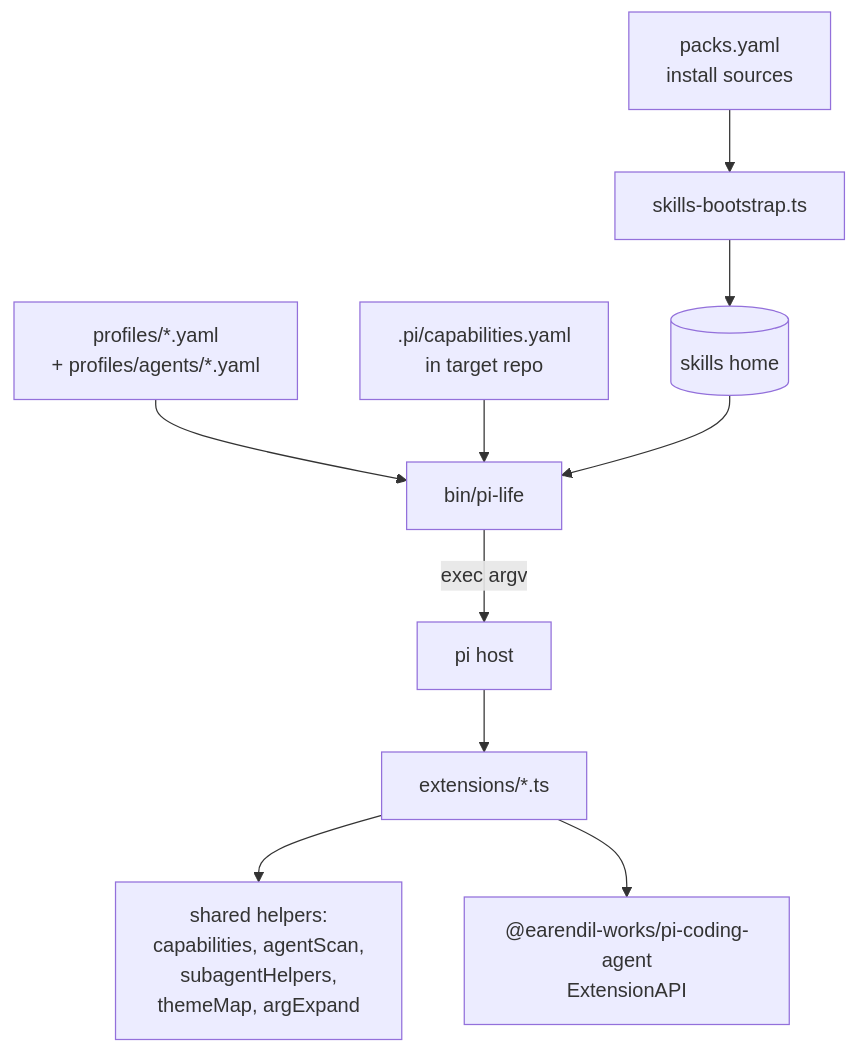
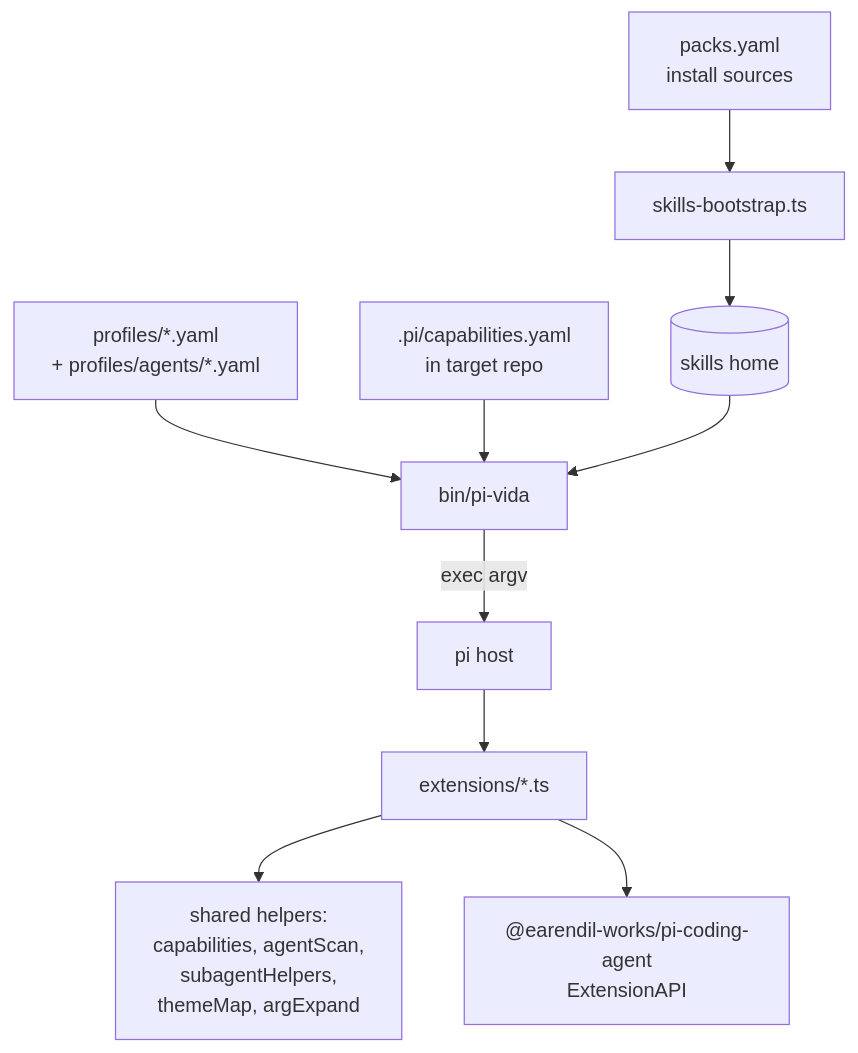
Before and after one commit to igmarin/my-pi-agent: the second of 4 diagrams in ARCHITECTURE.md, drawn with Mermaid. The commit also changed other lines of this file and 37 other files, not shown here.

````diff
--- a/ARCHITECTURE.md
+++ b/ARCHITECTURE.md
@@ -42,12 +42,12 @@
 ```mermaid
 flowchart TD
     PACKS[packs.yaml<br/>install sources] --> BOOT[skills-bootstrap.ts]
     BOOT --> SH[(skills home)]
-    PROF[profiles/*.yaml<br/>+ profiles/agents/*.yaml] --> PL[bin/pi-life]
+    PROF[profiles/*.yaml<br/>+ profiles/agents/*.yaml] --> PL[bin/pi-vida]
     OV[.pi/capabilities.yaml<br/>in target repo] --> PL
     SH --> PL
     PL -->|exec argv| PI[pi host]
     PI --> EXT[extensions/*.ts]
     EXT --> HELPERS[shared helpers:<br/>capabilities, agentScan,<br/>subagentHelpers,<br/>themeMap, argExpand]
     EXT --> PIAPI["@earendil-works/pi-coding-agent<br/>ExtensionAPI"]
 ```
````
